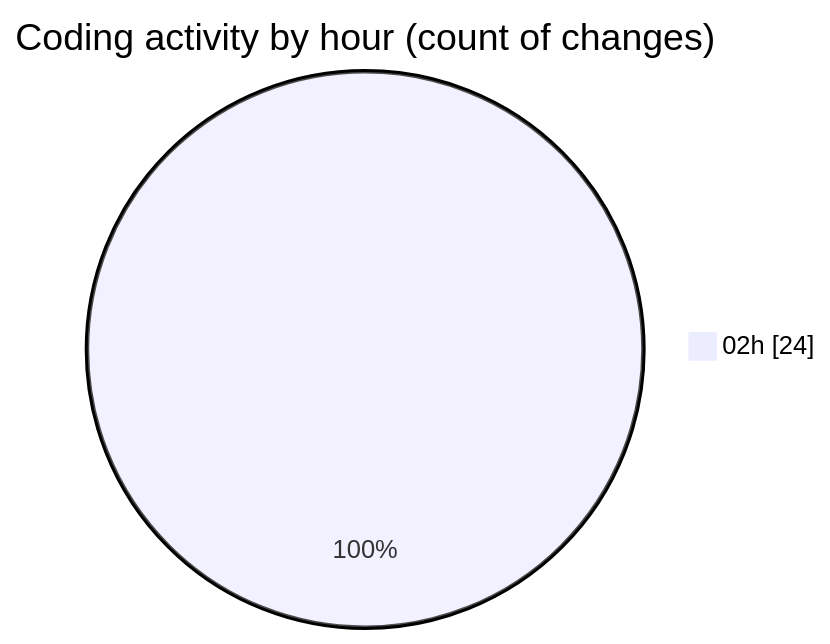
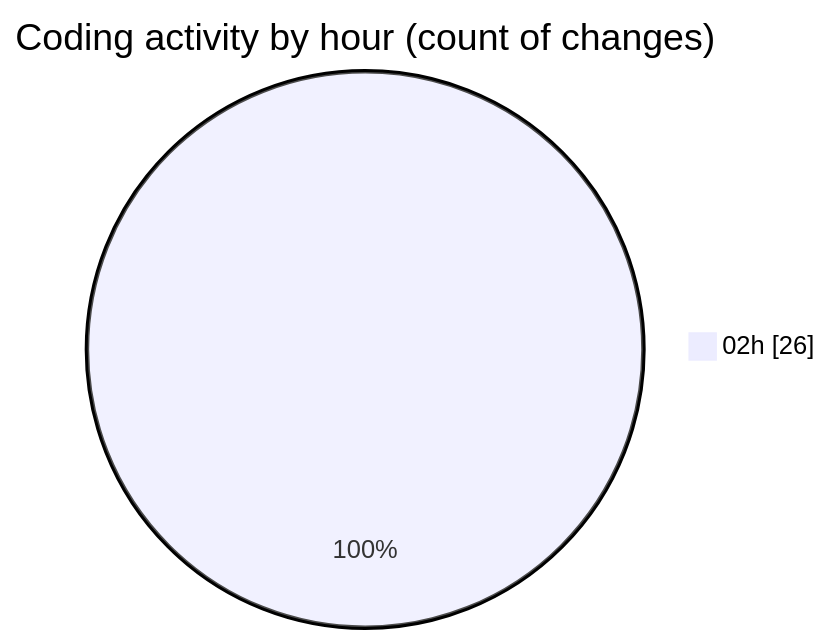
One commit to charlie-sans/code-tracking changed the second of 2 diagrams in 2025-02-22/micros/README.md. Above: the diagram before and after it, drawn with Mermaid. The commit also changed other lines of this file and 1 other file, not shown here.

````diff
--- a/2025-02-22/micros/README.md
+++ b/2025-02-22/micros/README.md
@@ -35,5 +35,5 @@
 ```mermaid
 pie showData
 title Coding activity by hour (count of changes)
-"02h" : 24
+"02h" : 26
 ```
````
